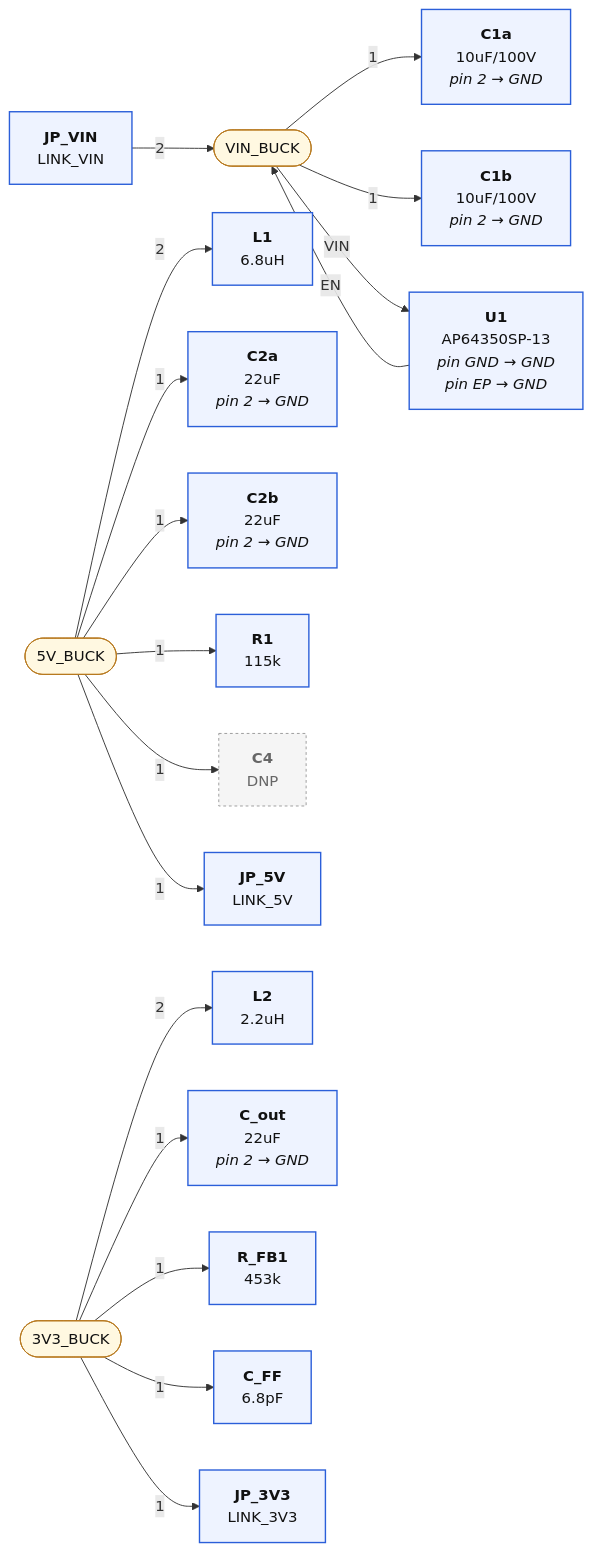
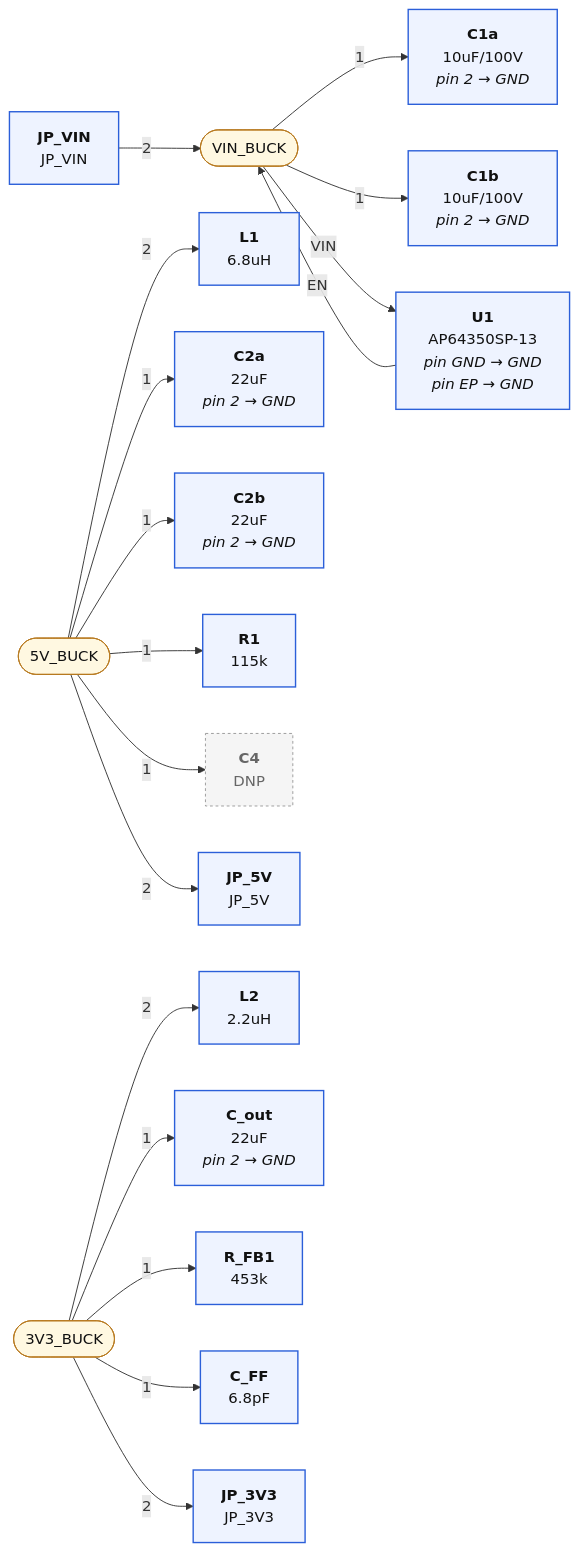
The first of 4 diagrams in hardware/pro/sheets/01-power.diagram.md (mrwillson2u/propmesh), drawn with Mermaid before and after one commit. The commit also changed other lines of this file and 11 other files, not shown here.

````diff
--- a/hardware/pro/sheets/01-power.diagram.md
+++ b/hardware/pro/sheets/01-power.diagram.md
@@ -7,44 +7,44 @@
 ```mermaid
 graph LR
   classDef part fill:#eef3ff,stroke:#2b5fd9,stroke-width:1.5px,color:#111
   classDef net fill:#fff8e1,stroke:#b7791f,color:#111
   classDef rail fill:#ffe0b2,stroke:#e65100,stroke-width:3px,color:#111,font-weight:bold
   classDef badnet fill:#ffe0e0,stroke:#c00,stroke-width:3px,color:#111,font-weight:bold
   classDef absent fill:#fff,stroke:#c00,stroke-width:2px,stroke-dasharray:6 4,color:#c00
   classDef extra fill:#ffecec,stroke:#c00,stroke-width:2px,color:#111
   classDef dnp fill:#f5f5f5,stroke:#999,stroke-dasharray:3 3,color:#666
   N_VIN_BUCK(["VIN_BUCK"]):::net
-  P_JP_VIN["<b>JP_VIN</b><br/>LINK_VIN"]:::part
+  P_JP_VIN["<b>JP_VIN</b><br/>JP_VIN"]:::part
   P_JP_VIN --"2"--> N_VIN_BUCK
   P_C1a["<b>C1a</b><br/>10uF/100V<br/><i>pin 2 → GND</i>"]:::part
   N_VIN_BUCK --"1"--> P_C1a
   P_C1b["<b>C1b</b><br/>10uF/100V<br/><i>pin 2 → GND</i>"]:::part
   N_VIN_BUCK --"1"--> P_C1b
   P_U1["<b>U1</b><br/>AP64350SP-13<br/><i>pin GND → GND</i><br/><i>pin EP → GND</i>"]:::part
   N_VIN_BUCK --"VIN"--> P_U1
   P_U1 --"EN"--> N_VIN_BUCK
   N_5V_BUCK(["5V_BUCK"]):::net
   P_L1["<b>L1</b><br/>6.8uH"]:::part
   N_5V_BUCK --"2"--> P_L1
   P_C2a["<b>C2a</b><br/>22uF<br/><i>pin 2 → GND</i>"]:::part
   N_5V_BUCK --"1"--> P_C2a
   P_C2b["<b>C2b</b><br/>22uF<br/><i>pin 2 → GND</i>"]:::part
   N_5V_BUCK --"1"--> P_C2b
   P_R1["<b>R1</b><br/>115k"]:::part
   N_5V_BUCK --"1"--> P_R1
   P_C4["<b>C4</b><br/>DNP"]:::dnp
   N_5V_BUCK --"1"--> P_C4
-  P_JP_5V["<b>JP_5V</b><br/>LINK_5V"]:::part
-  N_5V_BUCK --"1"--> P_JP_5V
+  P_JP_5V["<b>JP_5V</b><br/>JP_5V"]:::part
+  N_5V_BUCK --"2"--> P_JP_5V
   N_3V3_BUCK(["3V3_BUCK"]):::net
   P_L2["<b>L2</b><br/>2.2uH"]:::part
   N_3V3_BUCK --"2"--> P_L2
   P_C_out["<b>C_out</b><br/>22uF<br/><i>pin 2 → GND</i>"]:::part
   N_3V3_BUCK --"1"--> P_C_out
   P_R_FB1["<b>R_FB1</b><br/>453k"]:::part
   N_3V3_BUCK --"1"--> P_R_FB1
   P_C_FF["<b>C_FF</b><br/>6.8pF"]:::part
   N_3V3_BUCK --"1"--> P_C_FF
-  P_JP_3V3["<b>JP_3V3</b><br/>LINK_3V3"]:::part
-  N_3V3_BUCK --"1"--> P_JP_3V3
+  P_JP_3V3["<b>JP_3V3</b><br/>JP_3V3"]:::part
+  N_3V3_BUCK --"2"--> P_JP_3V3
 ```
````
